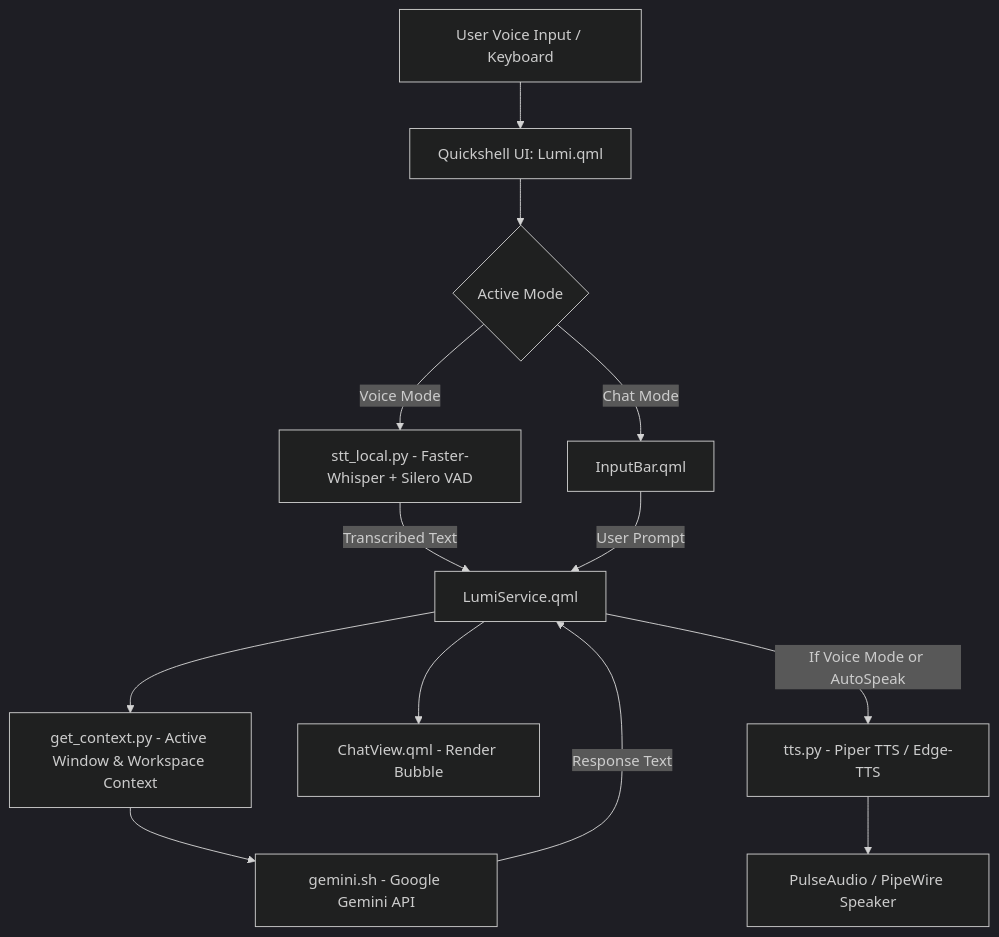
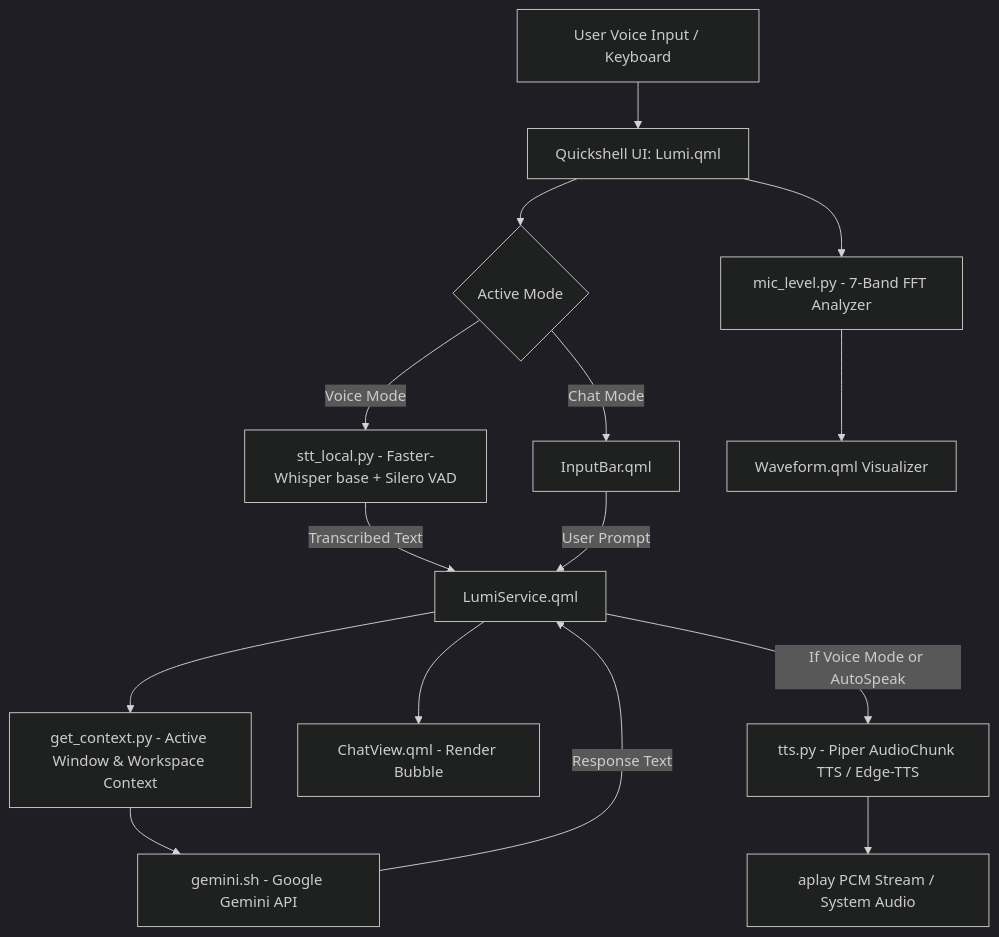
One commit to dikapradnyanta/lumi_ai changed the diagram in docs/ARCHITECTURE.md. Above: the diagram before and after it, drawn with Mermaid (dark theme). The commit also changed other lines of this file and 6 other files, not shown here.

````diff
--- a/docs/ARCHITECTURE.md
+++ b/docs/ARCHITECTURE.md
@@ -7,18 +7,21 @@
 ```mermaid
 graph TD
     A[User Voice Input / Keyboard] --> B[Quickshell UI: Lumi.qml]
     B --> C{Active Mode}
-    C -->|Voice Mode| D[stt_local.py - Faster-Whisper + Silero VAD]
+    C -->|Voice Mode| D[stt_local.py - Faster-Whisper base + Silero VAD]
     C -->|Chat Mode| E[InputBar.qml]
     
-    D -->|Transcribed Text| F[LumiService.qml]
-    E -->|User Prompt| F
+    B --> F[mic_level.py - 7-Band FFT Analyzer]
+    F --> G[Waveform.qml Visualizer]
     
-    F --> G[get_context.py - Active Window & Workspace Context]
-    G --> H[gemini.sh - Google Gemini API]
+    D -->|Transcribed Text| H[LumiService.qml]
+    E -->|User Prompt| H
     
-    H -->|Response Text| F
-    F --> I[ChatView.qml - Render Bubble]
-    F -->|If Voice Mode or AutoSpeak| J[tts.py - Piper TTS / Edge-TTS]
-    J --> K[PulseAudio / PipeWire Speaker]
+    H --> I[get_context.py - Active Window & Workspace Context]
+    I --> J[gemini.sh - Google Gemini API]
+    
+    J -->|Response Text| H
+    H --> K[ChatView.qml - Render Bubble]
+    H -->|If Voice Mode or AutoSpeak| L[tts.py - Piper AudioChunk TTS / Edge-TTS]
+    L --> M[aplay PCM Stream / System Audio]
 ```
````
